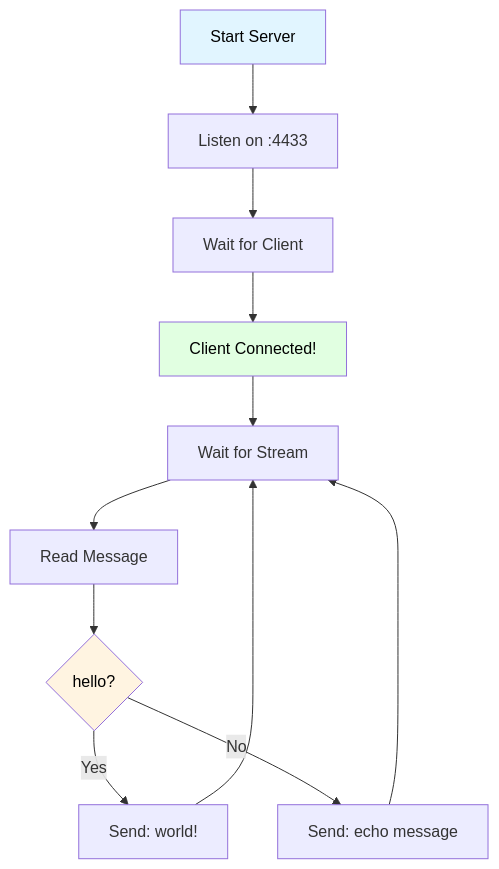
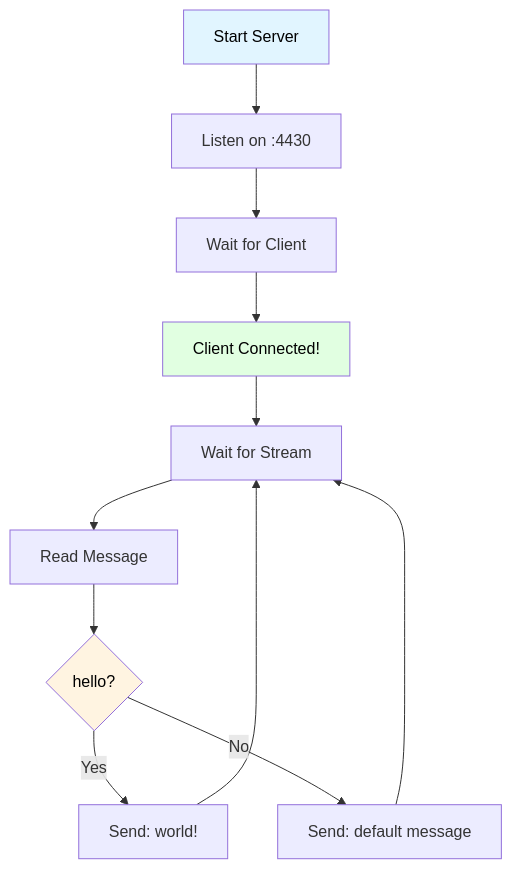
One commit to quic-go/webtransport-go changed the first of 2 diagrams in examples/helloWorld/README.md. Above: the diagram before and after it, drawn with Mermaid. The commit also changed other lines of this file and 3 other files, not shown here.

````diff
--- a/examples/helloWorld/README.md
+++ b/examples/helloWorld/README.md
@@ -50,17 +50,17 @@
 ```mermaid
 flowchart TD
-    A[Start Server] --> B[Listen on :4433]
+    A[Start Server] --> B[Listen on :4430]
     B --> C[Wait for Client]
     C --> D[Client Connected!]
     D --> E[Wait for Stream]
     E --> F[Read Message]
     F --> G{hello?}
     G -->|Yes| H[Send: world!]
-    G -->|No| I[Send: echo message]
+    G -->|No| I[Send: default message]
     H --> E
     I --> E
 
     style A fill:#e1f5ff,color:#000
     style D fill:#e1ffe1,color:#000
     style G fill:#fff4e1,color:#000
 ```
````
